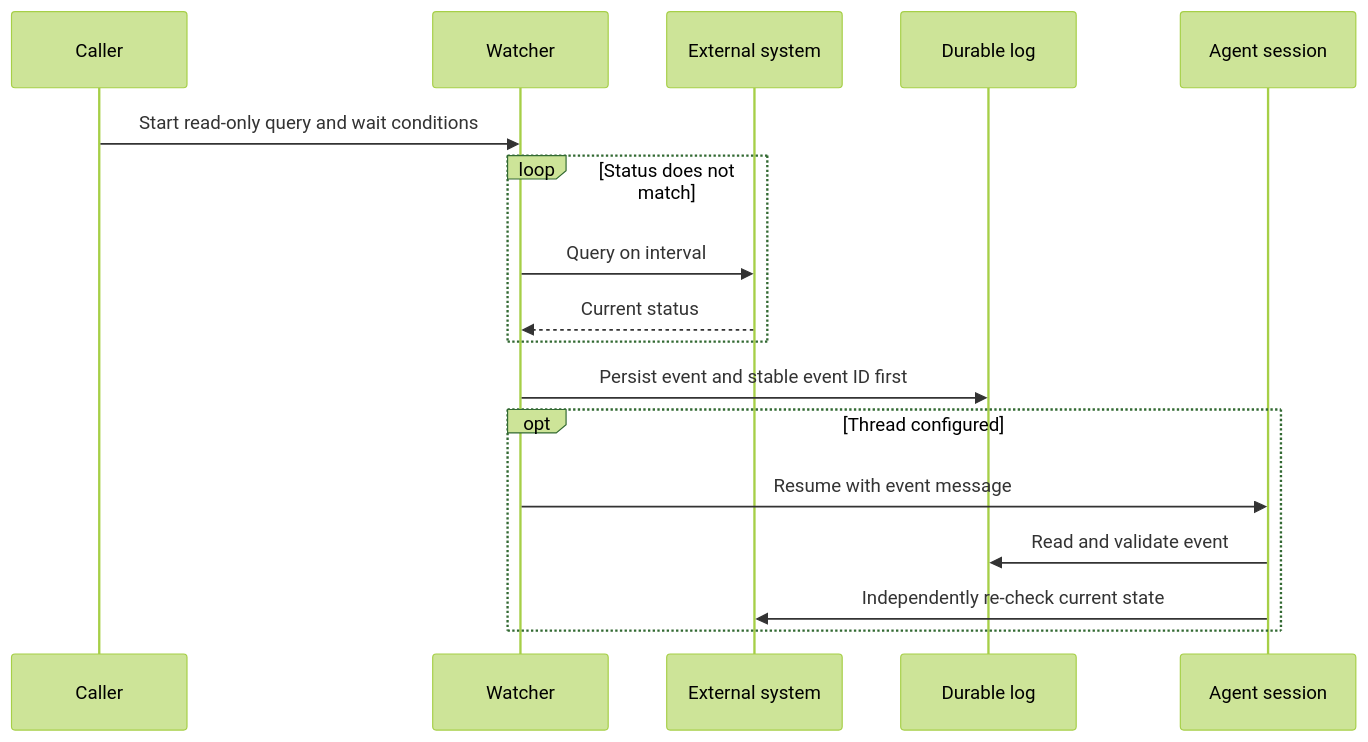
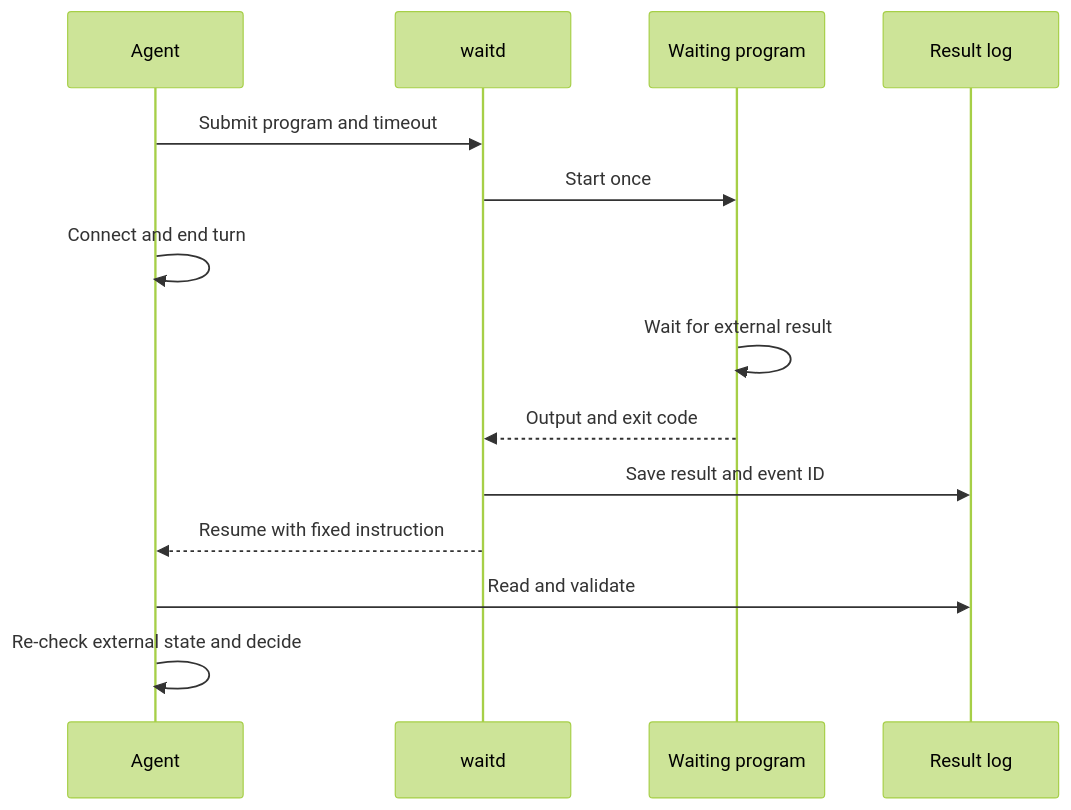
One commit to wenxueru/wait-skill changed the diagram in docs/wait.md. Above: the diagram before and after it, drawn with Mermaid (forest theme). The commit also changed other lines of this file and 33 other files, not shown here.

First line of the commit message:
refactor: replace status-matching wait_for with poll(query, evaluate) and auto-generated resume text

````diff
--- a/docs/wait.md
+++ b/docs/wait.md
@@ -9,20 +9,16 @@
 ```mermaid
 sequenceDiagram
-    participant R as Caller
-    participant W as Watcher
-    participant E as External system
-    participant L as Durable log
-    participant C as Agent session
-
-    R->>W: Start read-only query and wait conditions
-    loop Status does not match
-        W->>E: Query on interval
-        E-->>W: Current status
-    end
-    W->>L: Persist event and stable event ID first
-    opt Thread configured
-        W->>C: Resume with event message
-        C->>L: Read and validate event
-        C->>E: Independently re-check current state
-    end
+    participant A as Agent
+    participant S as waitd
+    participant P as Waiting program
+    participant L as Result log
+    A->>S: Submit program and timeout
+    S->>P: Start once
+    A->>A: Connect and end turn
+    P->>P: Wait for external result
+    P-->>S: Output and exit code
+    S->>L: Save result and event ID
+    S-->>A: Resume with fixed instruction
+    A->>L: Read and validate
+    A->>A: Re-check external state and decide
 ```
````
